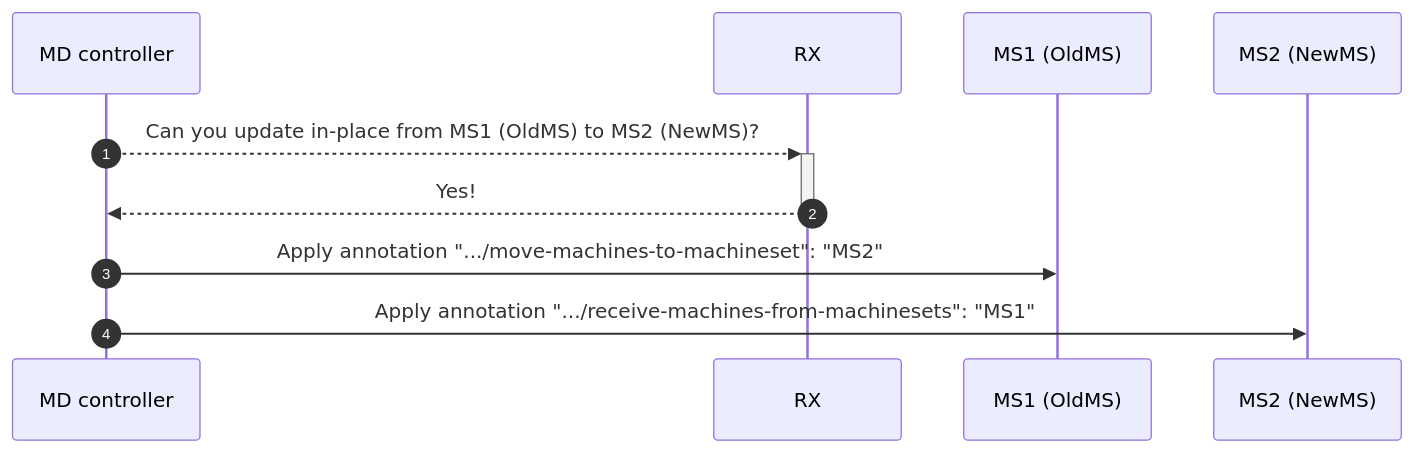
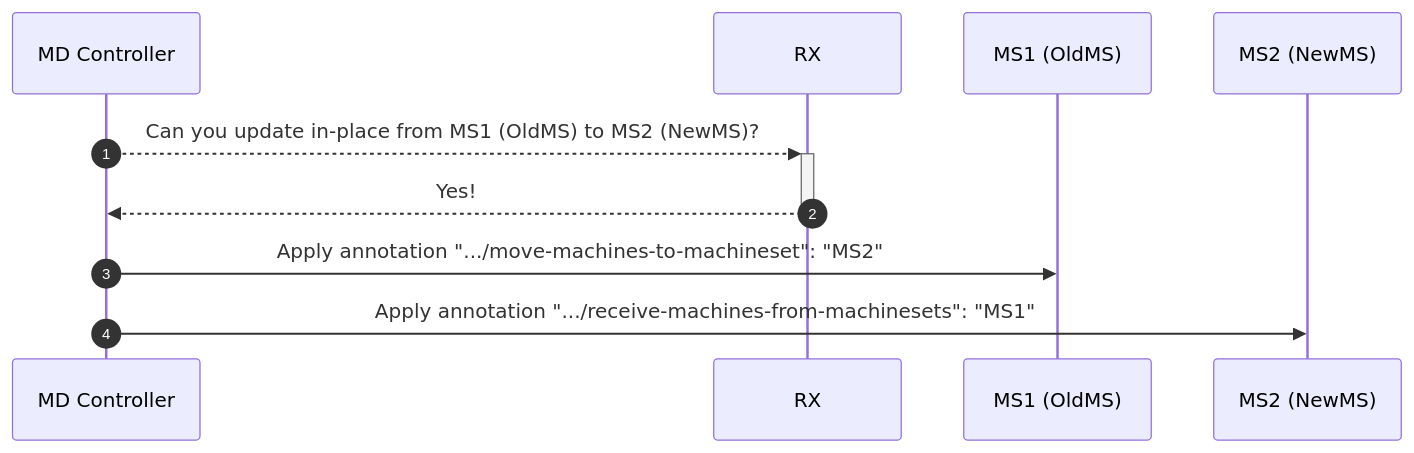
The first of 7 diagrams in docs/proposals/20240807-in-place-updates-implementation-notes.md (openshift/cluster-api), drawn with Mermaid before and after one commit. The commit also changed other lines of this file and 8136 other files, not shown here.

````diff
--- a/docs/proposals/20240807-in-place-updates-implementation-notes.md
+++ b/docs/proposals/20240807-in-place-updates-implementation-notes.md
@@ -33,12 +33,12 @@
 ```mermaid
 sequenceDiagram
     autonumber
-    participant MDController as MD controller
+    participant MD Controller
     participant RX
     participant MS1 (OldMS)
     participant MS2 (NewMS)
-    MDController-->>+RX: Can you update in-place from MS1 (OldMS) to MS2 (NewMS)?
-    RX-->>-MDController: Yes!
-    MDController->>MS1 (OldMS): Apply annotation ".../move-machines-to-machineset": "MS2"
-    MDController->>MS2 (NewMS): Apply annotation ".../receive-machines-from-machinesets": "MS1"
+    MD Controller-->>+RX: Can you update in-place from MS1 (OldMS) to MS2 (NewMS)?
+    RX-->>-MD Controller: Yes!
+    MD Controller->>MS1 (OldMS): Apply annotation ".../move-machines-to-machineset": "MS2"
+    MD Controller->>MS2 (NewMS): Apply annotation ".../receive-machines-from-machinesets": "MS1"
 ```
````
